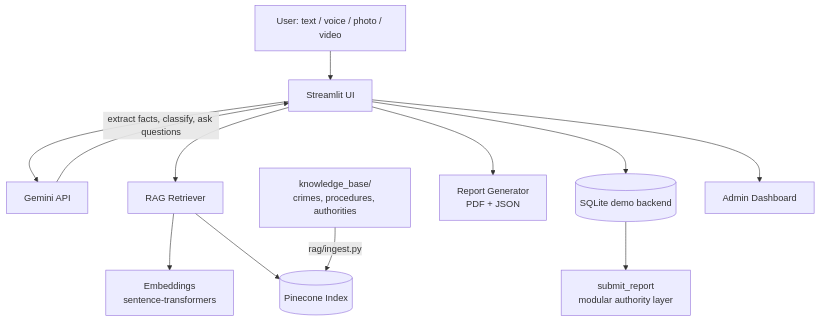
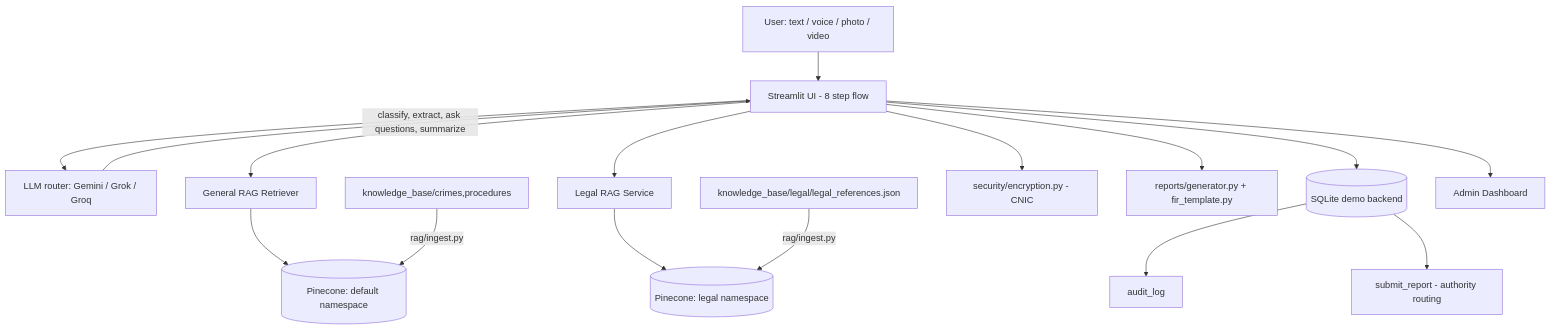
One commit to mzubair95/CrimeReport-AI changed the diagram in README.md. Above: the diagram before and after it, drawn with Mermaid. The commit also changed other lines of this file, not shown here.

First line of the commit message:
Rewrite README to reflect the Pakistan FIR-assist app

````diff
--- a/README.md
+++ b/README.md
@@ -57,14 +77,18 @@
 ```mermaid
 flowchart TD
-    U[User: text / voice / photo / video] --> APP[Streamlit UI]
-    APP --> GEM[Gemini API]
-    GEM -->|extract facts, classify, ask questions| APP
-    APP --> RAG[RAG Retriever]
-    RAG --> EMB[Embeddings\nsentence-transformers]
-    RAG --> PC[(Pinecone Index)]
-    KB[knowledge_base/\ncrimes, procedures, authorities] -->|rag/ingest.py| PC
-    APP --> GEN[Report Generator\nPDF + JSON]
+    U[User: text / voice / photo / video] --> APP[Streamlit UI - 8 step flow]
+    APP --> LLM[LLM router: Gemini / Grok / Groq]
+    LLM -->|classify, extract, ask questions, summarize| APP
+    APP --> RAG[General RAG Retriever]
+    RAG --> PC[(Pinecone: default namespace)]
+    APP --> LEGAL[Legal RAG Service]
+    LEGAL --> PCL[(Pinecone: legal namespace)]
+    KB[knowledge_base/crimes,procedures] -->|rag/ingest.py| PC
+    KBL[knowledge_base/legal/legal_references.json] -->|rag/ingest.py| PCL
+    APP --> ENC[security/encryption.py - CNIC]
+    APP --> GEN[reports/generator.py + fir_template.py]
     APP --> DB[(SQLite demo backend)]
-    DB --> SUB[submit_report\nmodular authority layer]
+    DB --> AUDIT[audit_log]
+    DB --> SUB[submit_report - authority routing]
     APP --> DASH[Admin Dashboard]
 ```
````
